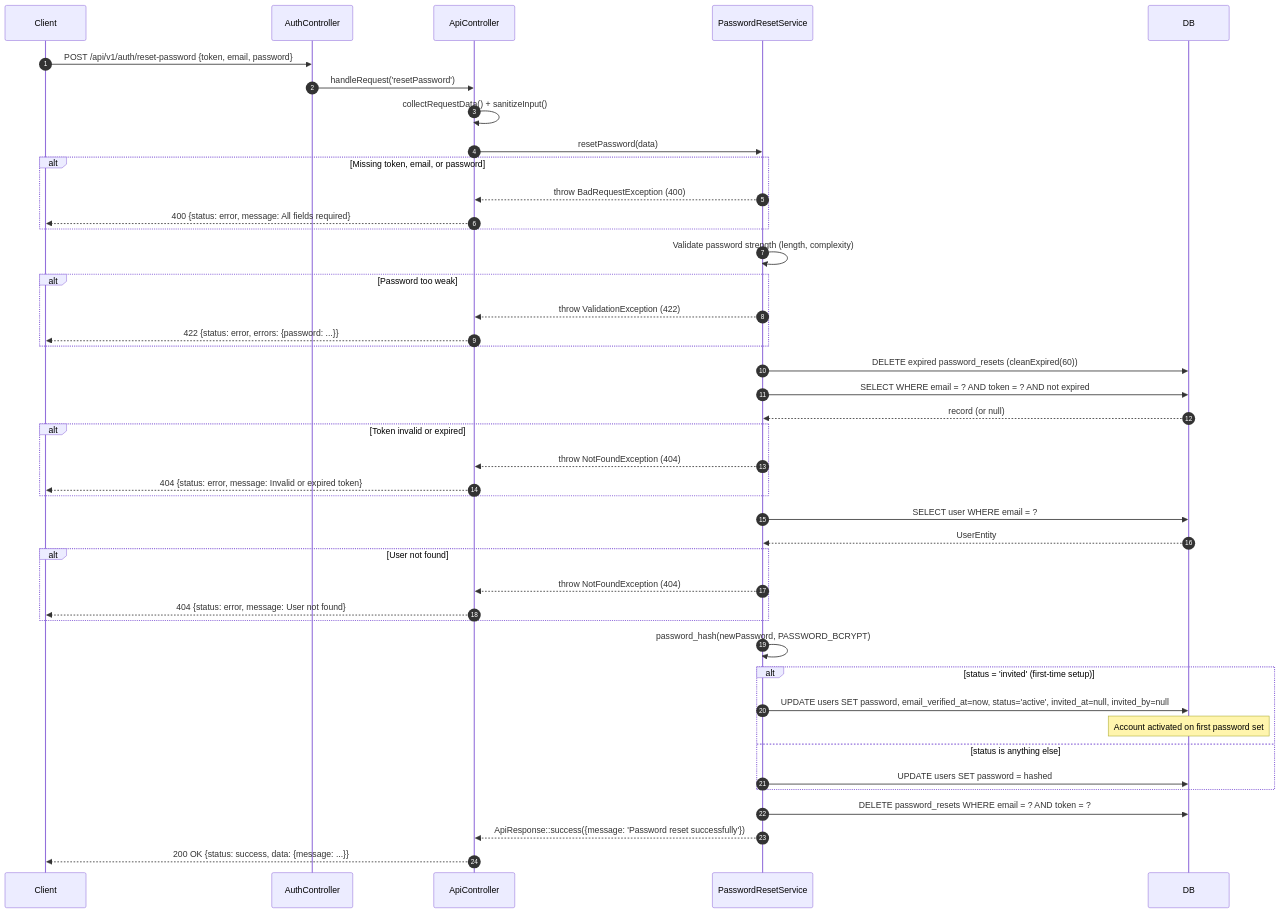
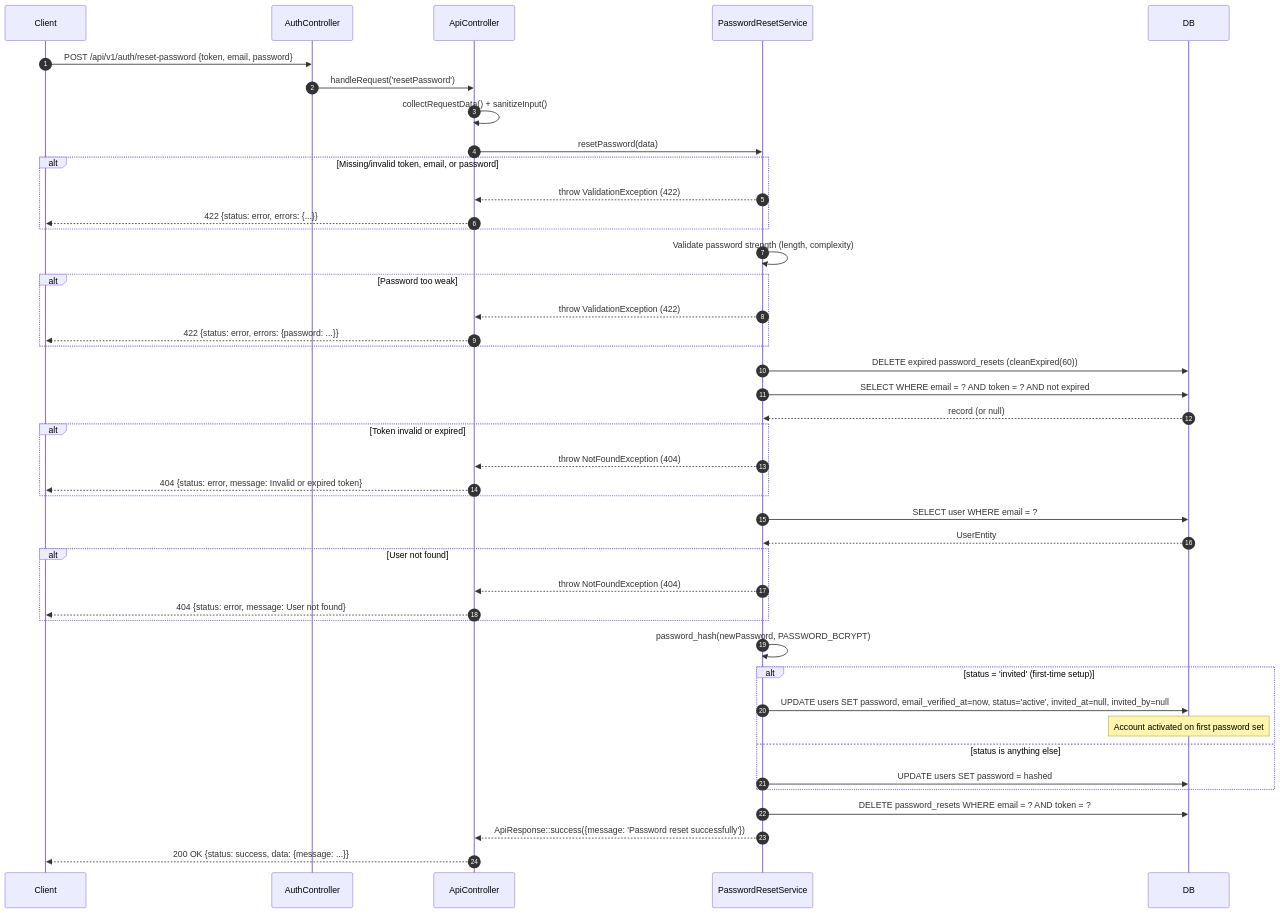
Before and after one commit to dcardenasl/ci4-api-starter: the third of 3 diagrams in docs/flows/PASSWORD-RESET-FLOW.md, drawn with Mermaid. The commit also changed other lines of this file and 7 other files, not shown here.

Commit message:
refactor: move password reset validation to auth validation rules

````diff
--- a/docs/flows/PASSWORD-RESET-FLOW.md
+++ b/docs/flows/PASSWORD-RESET-FLOW.md
@@ -150,57 +150,57 @@
 ```mermaid
 sequenceDiagram
     autonumber
     participant Client
     participant Controller as AuthController
     participant ApiCtrl as ApiController
     participant PwdSvc as PasswordResetService
     participant DB
 
     Client->>Controller: POST /api/v1/auth/reset-password {token, email, password}
     Controller->>ApiCtrl: handleRequest('resetPassword')
     ApiCtrl->>ApiCtrl: collectRequestData() + sanitizeInput()
     ApiCtrl->>PwdSvc: resetPassword(data)
 
-    alt Missing token, email, or password
-        PwdSvc-->>ApiCtrl: throw BadRequestException (400)
-        ApiCtrl-->>Client: 400 {status: error, message: All fields required}
+    alt Missing/invalid token, email, or password
+        PwdSvc-->>ApiCtrl: throw ValidationException (422)
+        ApiCtrl-->>Client: 422 {status: error, errors: {...}}
     end
 
     PwdSvc->>PwdSvc: Validate password strength (length, complexity)
 
     alt Password too weak
         PwdSvc-->>ApiCtrl: throw ValidationException (422)
         ApiCtrl-->>Client: 422 {status: error, errors: {password: ...}}
     end
 
     PwdSvc->>DB: DELETE expired password_resets (cleanExpired(60))
     PwdSvc->>DB: SELECT WHERE email = ? AND token = ? AND not expired
     DB-->>PwdSvc: record (or null)
 
     alt Token invalid or expired
         PwdSvc-->>ApiCtrl: throw NotFoundException (404)
         ApiCtrl-->>Client: 404 {status: error, message: Invalid or expired token}
     end
 
     PwdSvc->>DB: SELECT user WHERE email = ?
     DB-->>PwdSvc: UserEntity
 
     alt User not found
         PwdSvc-->>ApiCtrl: throw NotFoundException (404)
         ApiCtrl-->>Client: 404 {status: error, message: User not found}
     end
 
     PwdSvc->>PwdSvc: password_hash(newPassword, PASSWORD_BCRYPT)
 
     alt status = 'invited' (first-time setup)
         PwdSvc->>DB: UPDATE users SET password, email_verified_at=now, status='active', invited_at=null, invited_by=null
         Note over DB: Account activated on first password set
     else status is anything else
         PwdSvc->>DB: UPDATE users SET password = hashed
     end
 
     PwdSvc->>DB: DELETE password_resets WHERE email = ? AND token = ?
 
     PwdSvc-->>ApiCtrl: ApiResponse::success({message: 'Password reset successfully'})
     ApiCtrl-->>Client: 200 OK {status: success, data: {message: ...}}
 ```
````
